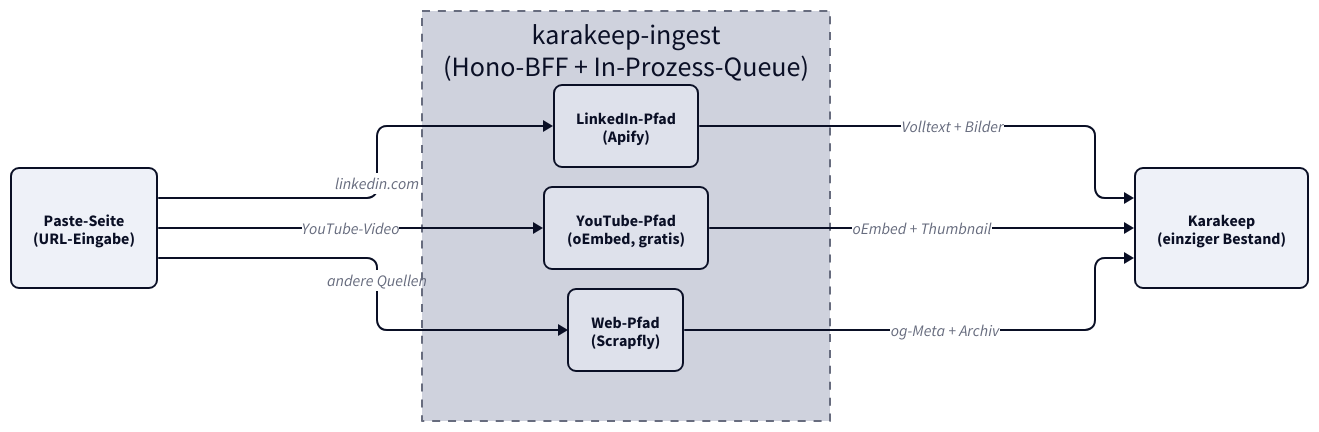
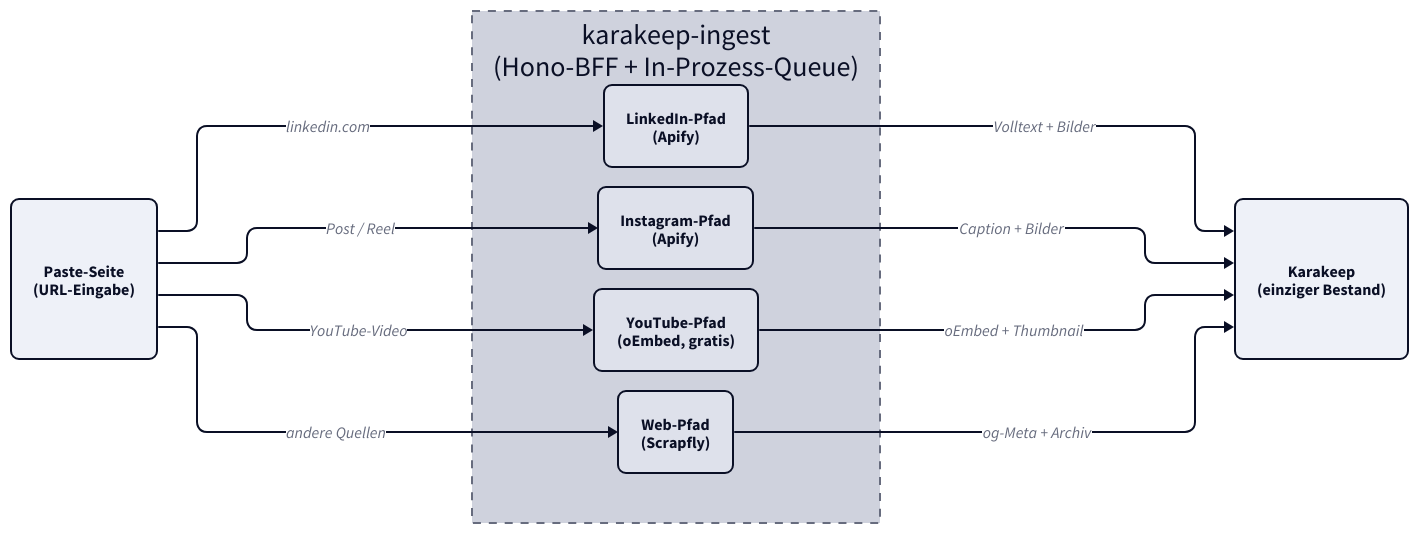
The diagram in docs/karakeep-ingest/index.md (derever-labs/homelab-wiki), drawn with D2 before and after one commit. The commit also changed other lines of this file, not shown here.

Commit message:
docs(karakeep-ingest): Instagram-Pfad in Quellen und Diagramm ergaenzen

````diff
--- a/docs/karakeep-ingest/index.md
+++ b/docs/karakeep-ingest/index.md
@@ -31,32 +31,35 @@
 ```d2
 vars: {
   d2-config: {
     theme-id: 1
     layout-engine: elk
   }
 }
 
 classes: {
   node: { style: { border-radius: 8 } }
 }
 
 direction: right
 
 UI: "Paste-Seite\n(URL-Eingabe)" { class: node }
 
 Ingest: "karakeep-ingest\n(Hono-BFF + In-Prozess-Queue)" {
   style.stroke-dash: 4
   LI: "LinkedIn-Pfad\n(Apify)" { class: node }
+  IG: "Instagram-Pfad\n(Apify)" { class: node }
   YT: "YouTube-Pfad\n(oEmbed, gratis)" { class: node }
   WEB: "Web-Pfad\n(Scrapfly)" { class: node }
 }
 
 Karakeep: "Karakeep\n(einziger Bestand)" { class: node }
 
 UI -> Ingest.LI: "linkedin.com"
+UI -> Ingest.IG: "Post / Reel"
 UI -> Ingest.YT: "YouTube-Video"
 UI -> Ingest.WEB: "andere Quellen"
 Ingest.LI -> Karakeep: "Volltext + Bilder"
+Ingest.IG -> Karakeep: "Caption + Bilder"
 Ingest.YT -> Karakeep: "oEmbed + Thumbnail"
 Ingest.WEB -> Karakeep: "og-Meta + Archiv"
 ```
````
